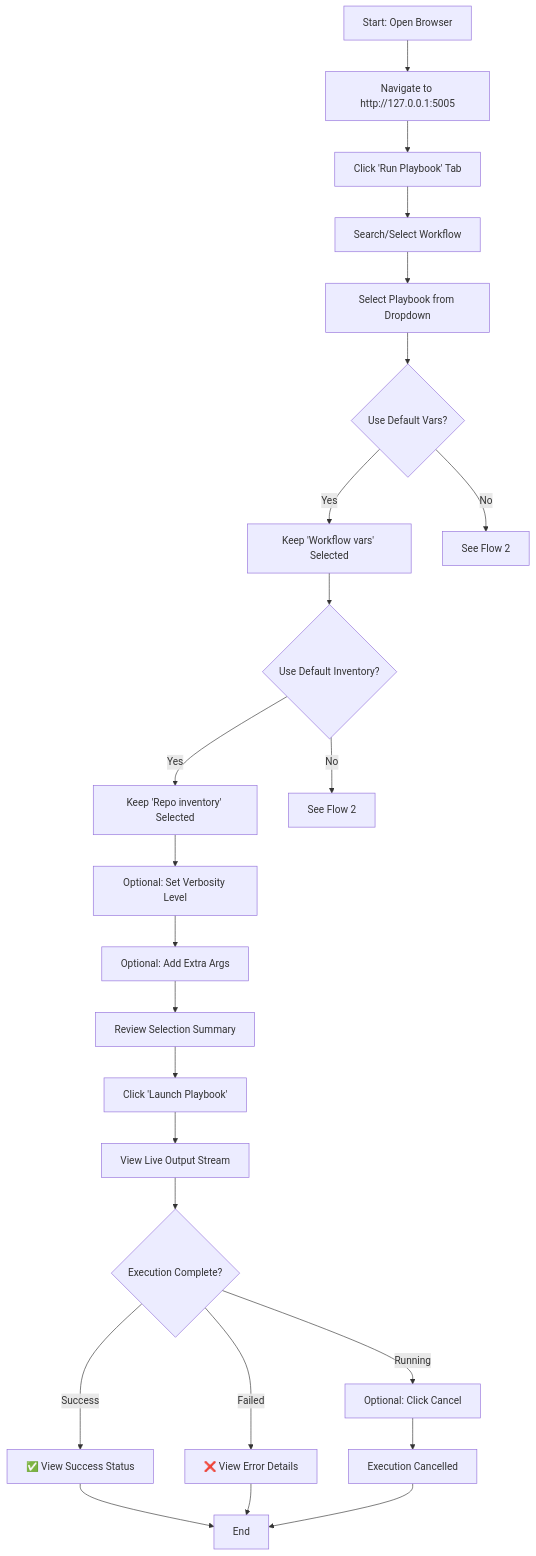
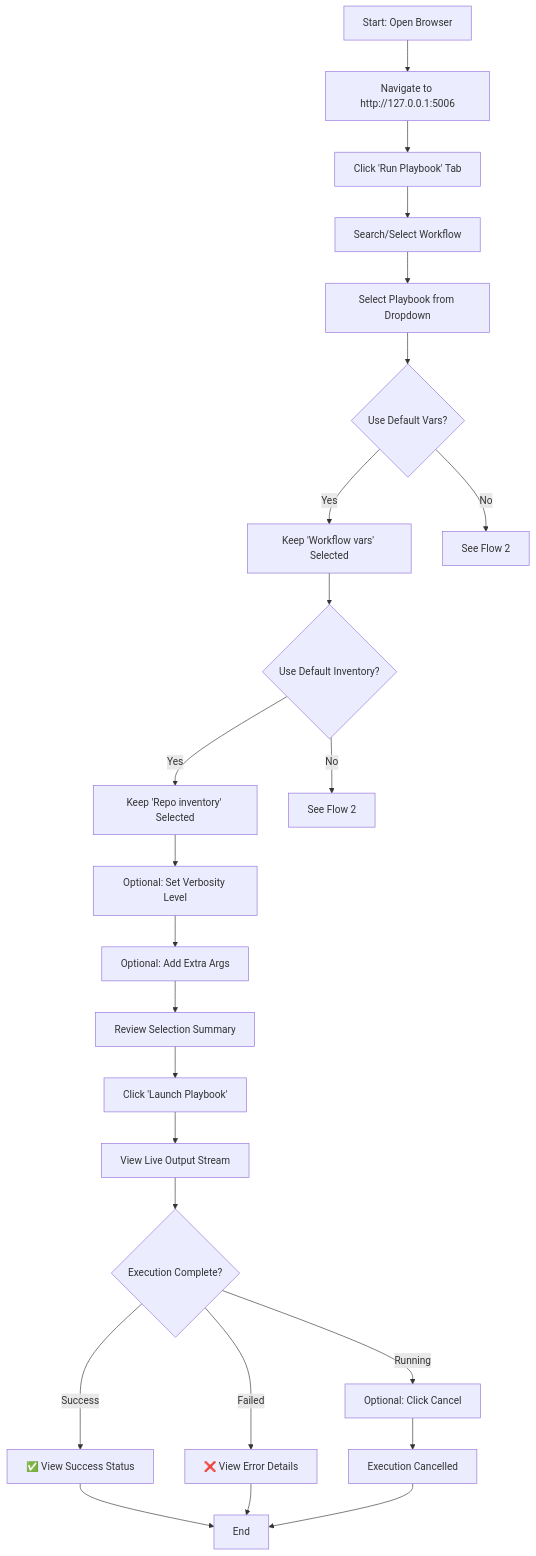
Before and after one commit to DNACENSolutions/dnac_ansible_workflows: the first of 4 diagrams in tools/ansible_runner/README.md, drawn with Mermaid. The commit also changed other lines of this file and 3 other files, not shown here.

````diff
--- a/tools/ansible_runner/README.md
+++ b/tools/ansible_runner/README.md
@@ -86,26 +101,26 @@
 ```mermaid
 flowchart TD
-    A[Start: Open Browser] --> B[Navigate to http://127.0.0.1:5005]
+   A[Start: Open Browser] --> B[Navigate to http://127.0.0.1:5006]
     B --> C[Click 'Run Playbook' Tab]
     C --> D[Search/Select Workflow]
     D --> E[Select Playbook from Dropdown]
     E --> F{Use Default Vars?}
     F -->|Yes| G[Keep 'Workflow vars' Selected]
     F -->|No| H[See Flow 2]
     G --> I{Use Default Inventory?}
     I -->|Yes| J[Keep 'Repo inventory' Selected]
     I -->|No| K[See Flow 2]
     J --> L[Optional: Set Verbosity Level]
     L --> M[Optional: Add Extra Args]
     M --> N[Review Selection Summary]
     N --> O[Click 'Launch Playbook']
     O --> P[View Live Output Stream]
     P --> Q{Execution Complete?}
     Q -->|Success| R[✅ View Success Status]
     Q -->|Failed| S[❌ View Error Details]
     Q -->|Running| T[Optional: Click Cancel]
     T --> U[Execution Cancelled]
     R --> V[End]
     S --> V
     U --> V
 ```
````
